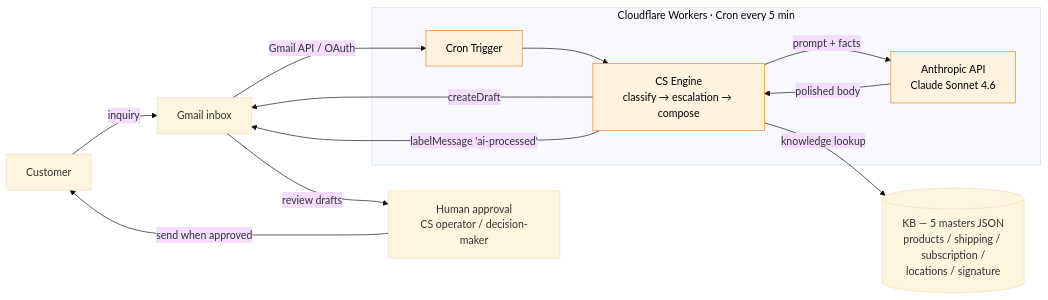
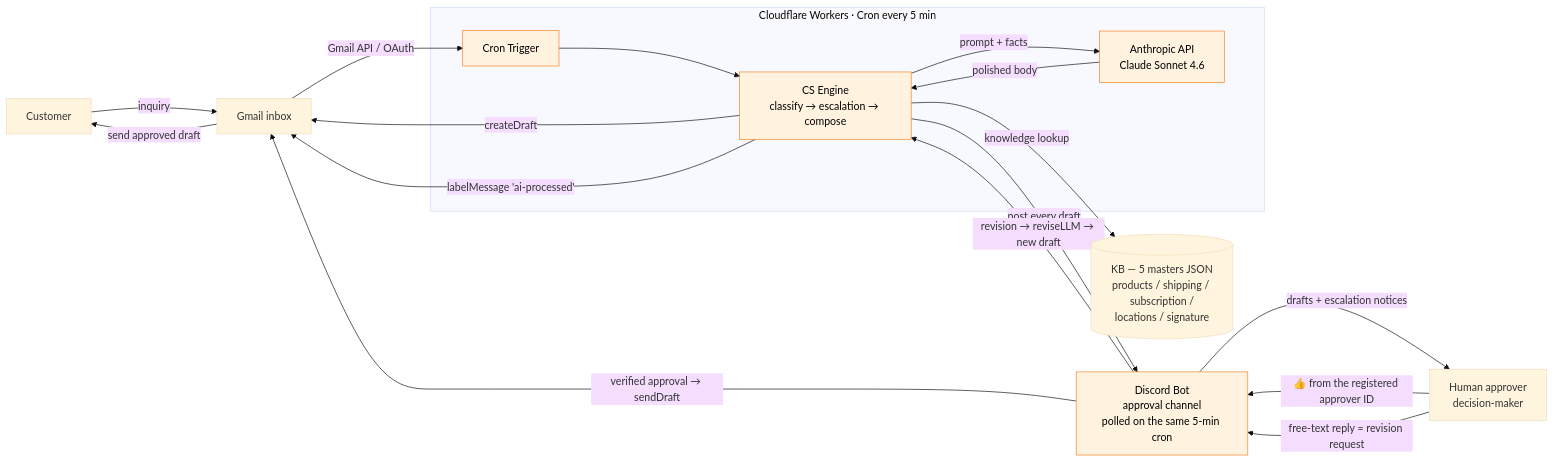
Before and after one commit to kydlp/cs-rag-engine: the diagram in docs/architecture.md, drawn with Mermaid (base theme). The commit also changed other lines of this file and 5 other files, not shown here.

First line of the commit message:
Update docs for Discord approval-gate pivot

````diff
--- a/docs/architecture.md
+++ b/docs/architecture.md
@@ -5,25 +5,30 @@
 ```mermaid
 flowchart LR
   Customer[Customer]
   Customer -->|inquiry| Gmail[Gmail inbox]
 
   subgraph Edge[Cloudflare Workers · Cron every 5 min]
     Cron[Cron Trigger]
     Engine[CS Engine<br/>classify → escalation → compose]
     LLM[Anthropic API<br/>Claude Sonnet 4.6]
   end
 
   Gmail -->|Gmail API / OAuth| Cron
   Cron --> Engine
   Engine -->|knowledge lookup| KB[(KB — 5 masters JSON<br/>products / shipping / subscription /<br/>locations / signature)]
   Engine -->|prompt + facts| LLM
   LLM -->|polished body| Engine
   Engine -->|createDraft| Gmail
   Engine -->|labelMessage 'ai-processed'| Gmail
 
-  Gmail -->|review drafts| Human[Human approval<br/>CS operator / decision-maker]
-  Human -->|send when approved| Customer
+  Engine -->|post every draft| Discord[Discord Bot<br/>approval channel<br/>polled on the same 5-min cron]
+  Discord -->|drafts + escalation notices| Human[Human approver<br/>decision-maker]
+  Human -->|👍 from the registered approver ID| Discord
+  Human -->|free-text reply = revision request| Discord
+  Discord -->|verified approval → sendDraft| Gmail
+  Discord -->|revision → reviseLLM → new draft| Engine
+  Gmail -->|send approved draft| Customer
 
   classDef edge fill:#FFF3E0,stroke:#F38020,color:#000
-  class Cron,Engine,LLM edge
+  class Cron,Engine,LLM,Discord edge
 ```
````
